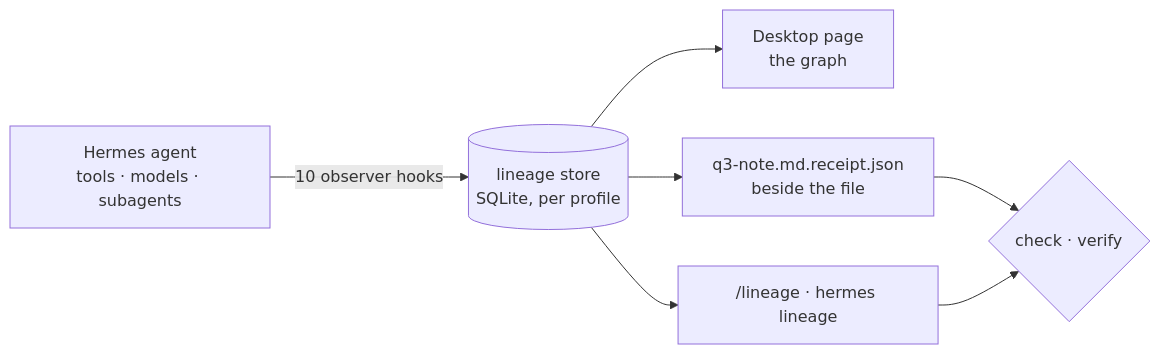
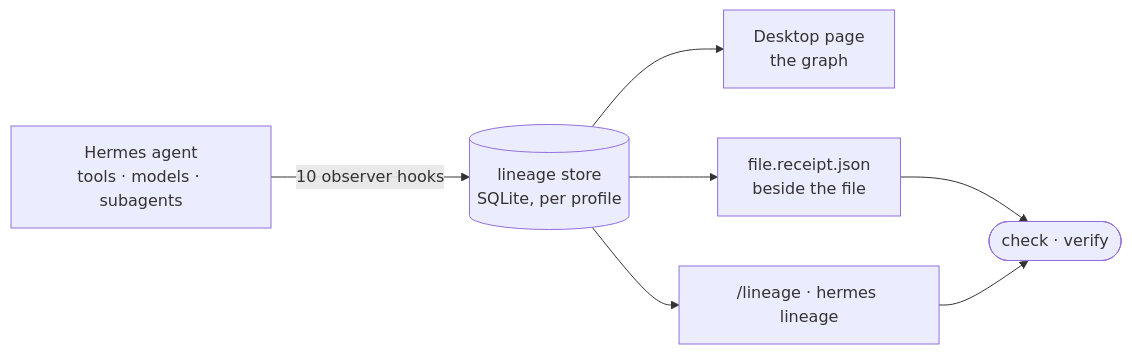
One commit to P0GL0L/hermes-lineage changed the diagram in README.md. Above: the diagram before and after it, drawn with Mermaid. The commit also changed other lines of this file, not shown here.

First line of the commit message:
README: wrap verify comments, tidy commands table, fix clipped mermaid node

````diff
--- a/README.md
+++ b/README.md
@@ -226,9 +230,9 @@
 ```mermaid
 flowchart LR
     H["Hermes agent<br/>tools · models · subagents"] -- "10 observer hooks" --> S[("lineage store<br/>SQLite, per profile")]
     S --> D["Desktop page<br/>the graph"]
-    S --> R["q3-note.md.receipt.json<br/>beside the file"]
+    S --> R["file.receipt.json<br/>beside the file"]
     S --> C["/lineage · hermes lineage"]
-    R --> V{"check · verify"}
+    R --> V(["check · verify"])
     C --> V
 ```
````
